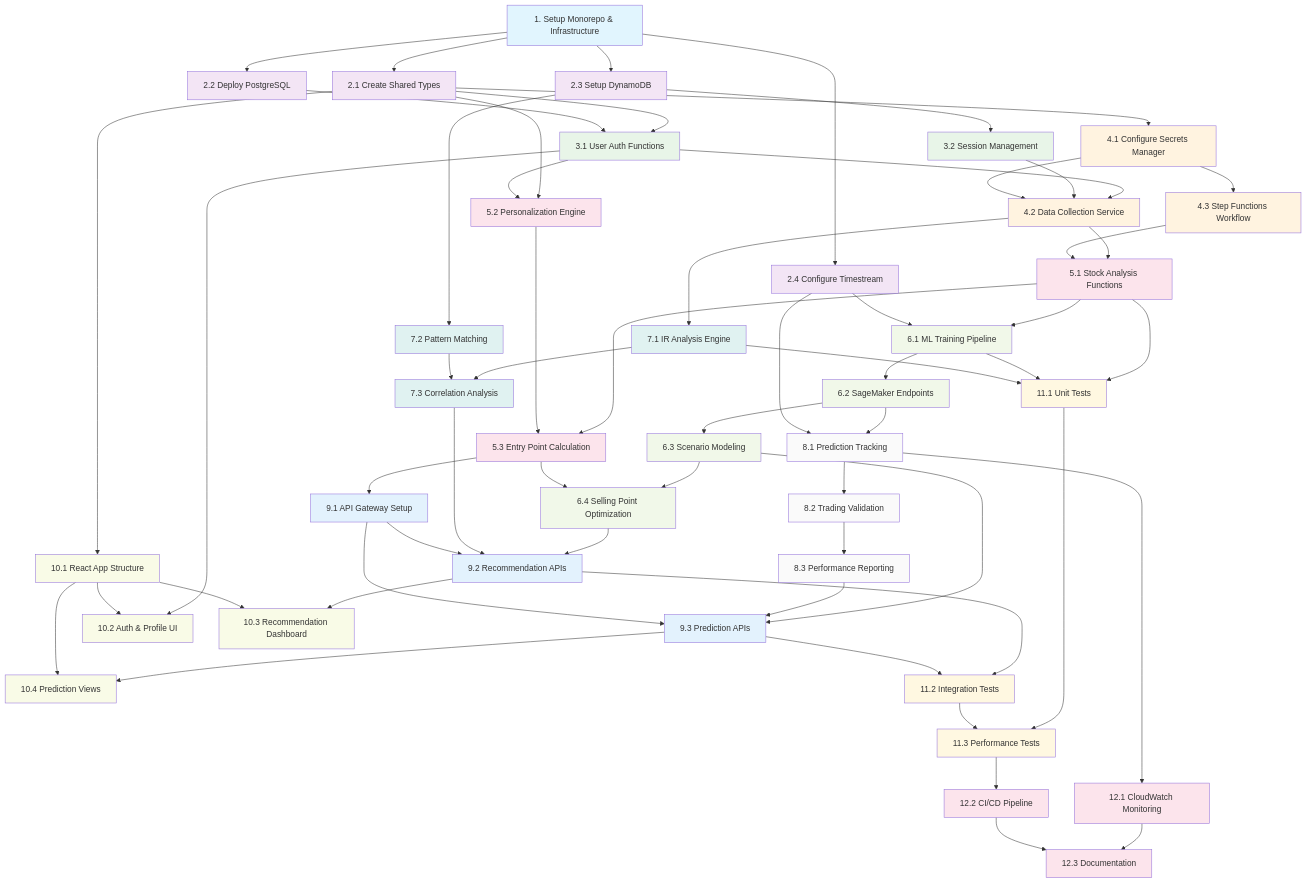
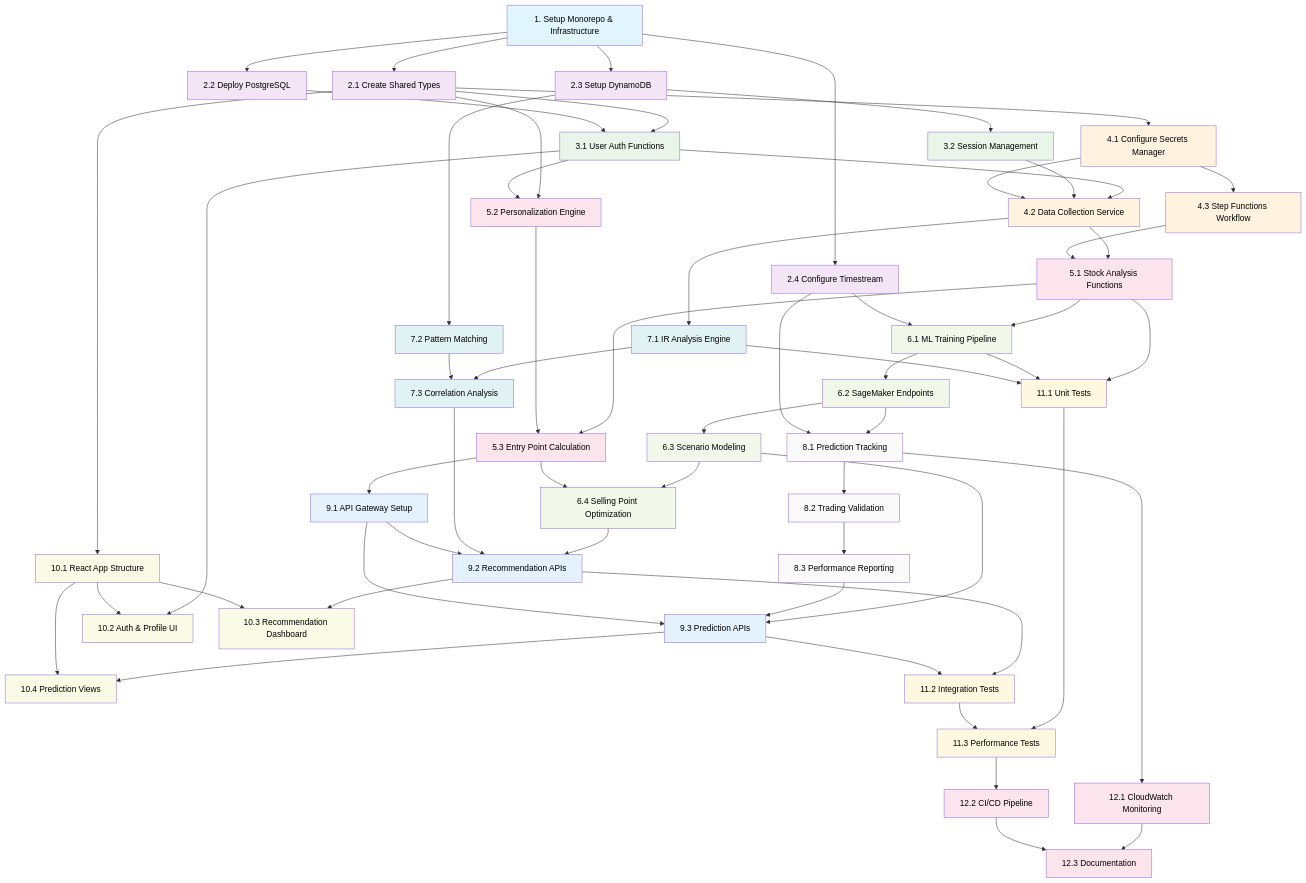
Before and after one commit to KennyTakaki/kiro-dev01: the diagram in .kiro/specs/intelligent-stock-recommendation/tasks.md, drawn with Mermaid.

Commit message:
fix: Set text color to black in Mermaid diagram styling
- Add color:#000000 to all classDef elements in tasks.md Mermaid diagram
- Improve text readability in the intelligent stock recommendation task flow
- Applied to all 12 class styles (foundation, data, auth, external, core,
  ml, analysis, tracking, api, frontend, testing, deploy)

```diff
--- a/.kiro/specs/intelligent-stock-recommendation/tasks.md
+++ b/.kiro/specs/intelligent-stock-recommendation/tasks.md
@@ -86,18 +86,18 @@
     T12_2 --> T12_3
     
     %% Styling
-    classDef foundation fill:#e1f5fe
-    classDef data fill:#f3e5f5
-    classDef auth fill:#e8f5e8
-    classDef external fill:#fff3e0
-    classDef core fill:#fce4ec
-    classDef ml fill:#f1f8e9
-    classDef analysis fill:#e0f2f1
-    classDef tracking fill:#fafafa
-    classDef api fill:#e3f2fd
-    classDef frontend fill:#f9fbe7
-    classDef testing fill:#fff8e1
-    classDef deploy fill:#fce4ec
+    classDef foundation fill:#e1f5fe,color:#000000
+    classDef data fill:#f3e5f5,color:#000000
+    classDef auth fill:#e8f5e8,color:#000000
+    classDef external fill:#fff3e0,color:#000000
+    classDef core fill:#fce4ec,color:#000000
+    classDef ml fill:#f1f8e9,color:#000000
+    classDef analysis fill:#e0f2f1,color:#000000
+    classDef tracking fill:#fafafa,color:#000000
+    classDef api fill:#e3f2fd,color:#000000
+    classDef frontend fill:#f9fbe7,color:#000000
+    classDef testing fill:#fff8e1,color:#000000
+    classDef deploy fill:#fce4ec,color:#000000
     
     class T1 foundation
     class T2_1,T2_2,T2_3,T2_4 data
```
